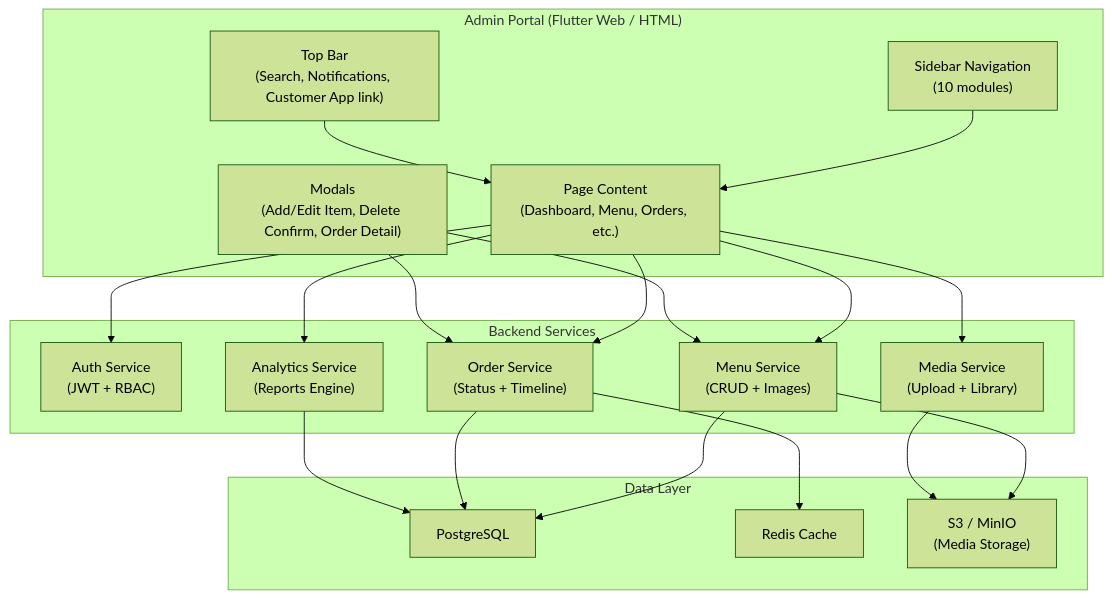
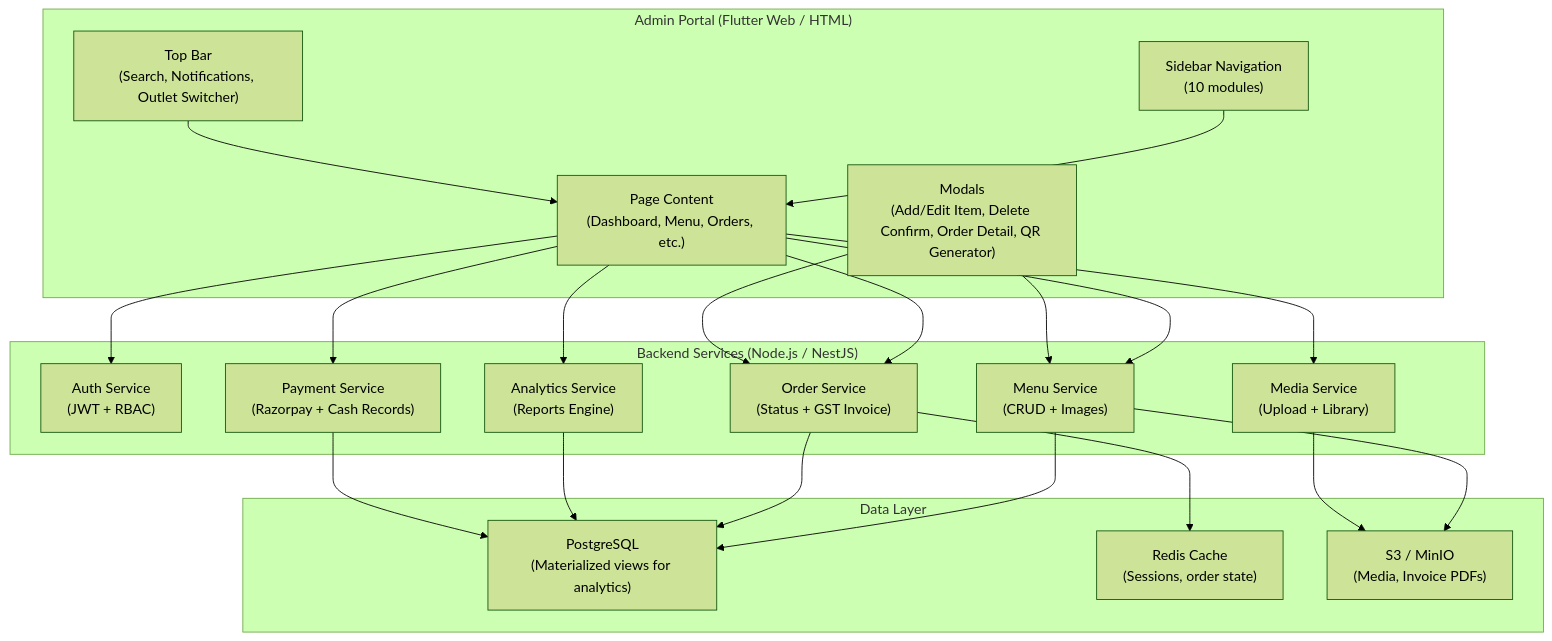
Before and after one commit to csanni/frescos-app: the first of 7 diagrams in campus_food_ordering_system/docs/admin_portal_system_design.md, drawn with Mermaid (forest theme). The commit also changed other lines of this file and 3 other files, not shown here.

````diff
--- a/campus_food_ordering_system/docs/admin_portal_system_design.md
+++ b/campus_food_ordering_system/docs/admin_portal_system_design.md
@@ -70,32 +122,34 @@
 ```mermaid
 graph TB
     subgraph "Admin Portal (Flutter Web / HTML)"
         SIDEBAR["Sidebar Navigation<br/>(10 modules)"]
-        TOPBAR["Top Bar<br/>(Search, Notifications, Customer App link)"]
+        TOPBAR["Top Bar<br/>(Search, Notifications, Outlet Switcher)"]
         PAGES["Page Content<br/>(Dashboard, Menu, Orders, etc.)"]
-        MODALS["Modals<br/>(Add/Edit Item, Delete Confirm, Order Detail)"]
+        MODALS["Modals<br/>(Add/Edit Item, Delete Confirm, Order Detail, QR Generator)"]
     end
 
-    subgraph "Backend Services"
+    subgraph "Backend Services (Node.js / NestJS)"
         AUTH["Auth Service<br/>(JWT + RBAC)"]
         MENU_SVC["Menu Service<br/>(CRUD + Images)"]
-        ORDER_SVC["Order Service<br/>(Status + Timeline)"]
+        ORDER_SVC["Order Service<br/>(Status + GST Invoice)"]
         ANALYTICS_SVC["Analytics Service<br/>(Reports Engine)"]
         MEDIA_SVC["Media Service<br/>(Upload + Library)"]
+        PAY_SVC["Payment Service<br/>(Razorpay + Cash Records)"]
     end
 
     subgraph "Data Layer"
-        PG["PostgreSQL"]
-        REDIS["Redis Cache"]
-        S3["S3 / MinIO<br/>(Media Storage)"]
+        PG["PostgreSQL<br/>(Materialized views for analytics)"]
+        REDIS["Redis Cache<br/>(Sessions, order state)"]
+        S3["S3 / MinIO<br/>(Media, Invoice PDFs)"]
     end
 
     SIDEBAR --> PAGES
     TOPBAR --> PAGES
-    PAGES --> AUTH & MENU_SVC & ORDER_SVC & ANALYTICS_SVC & MEDIA_SVC
+    PAGES --> AUTH & MENU_SVC & ORDER_SVC & ANALYTICS_SVC & MEDIA_SVC & PAY_SVC
     MODALS --> MENU_SVC & ORDER_SVC
     MENU_SVC --> PG & S3
     ORDER_SVC --> PG & REDIS
     ANALYTICS_SVC --> PG
     MEDIA_SVC --> S3
+    PAY_SVC --> PG
 ```
````
